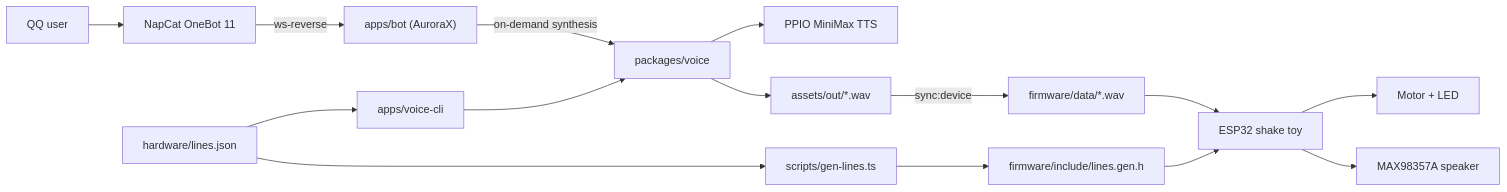
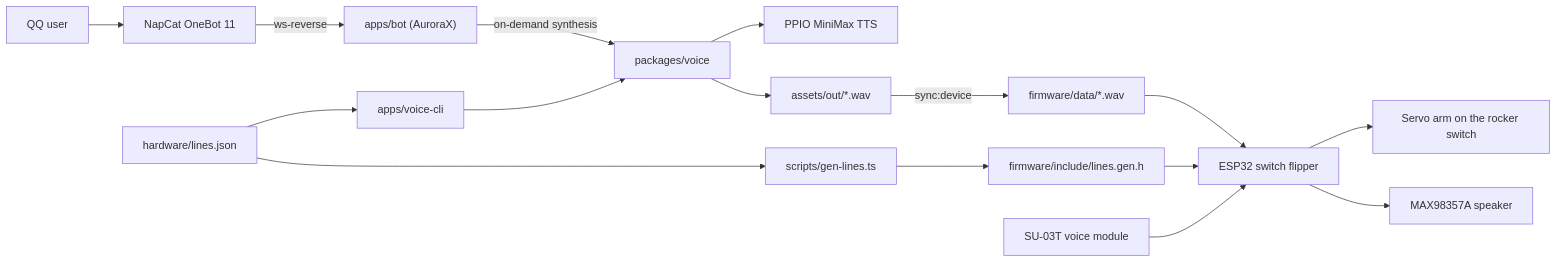
Before and after one commit to aDarkMaker/TaffyWaku: the diagram in README.md, drawn with Mermaid. The commit also changed other lines of this file and 2 other files, not shown here.

Commit message:
docs(root): update architecture for switch flipper

````diff
--- a/README.md
+++ b/README.md
@@ -10,17 +10,18 @@
 ```mermaid
 flowchart LR
   QQUser["QQ user"] --> NapCat["NapCat OneBot 11"]
   NapCat -->|"ws-reverse"| Bot["apps/bot (AuroraX)"]
   Bot -->|"on-demand synthesis"| Voice["packages/voice"]
   Cli["apps/voice-cli"] --> Voice
   Voice --> Cloud["PPIO MiniMax TTS"]
   Voice --> Out["assets/out/*.wav"]
   Out -->|"sync:device"| Data["firmware/data/*.wav"]
   Lines["hardware/lines.json"] --> Cli
   Lines --> Gen["scripts/gen-lines.ts"]
   Gen --> Header["firmware/include/lines.gen.h"]
-  Data --> Device["ESP32 shake toy"]
+  Data --> Device["ESP32 switch flipper"]
   Header --> Device
-  Device --> Motor["Motor + LED"]
+  Mic["SU-03T voice module"] --> Device
+  Device --> Servo["Servo arm on the rocker switch"]
   Device --> Amp["MAX98357A speaker"]
 ```
````
